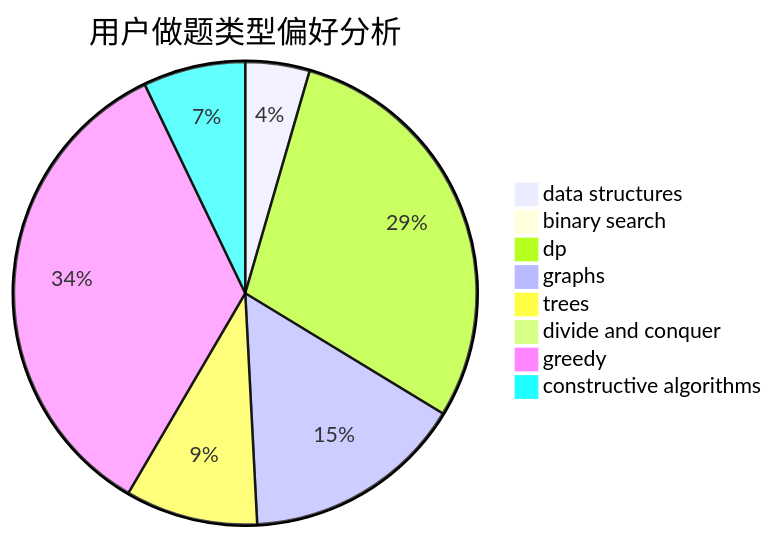
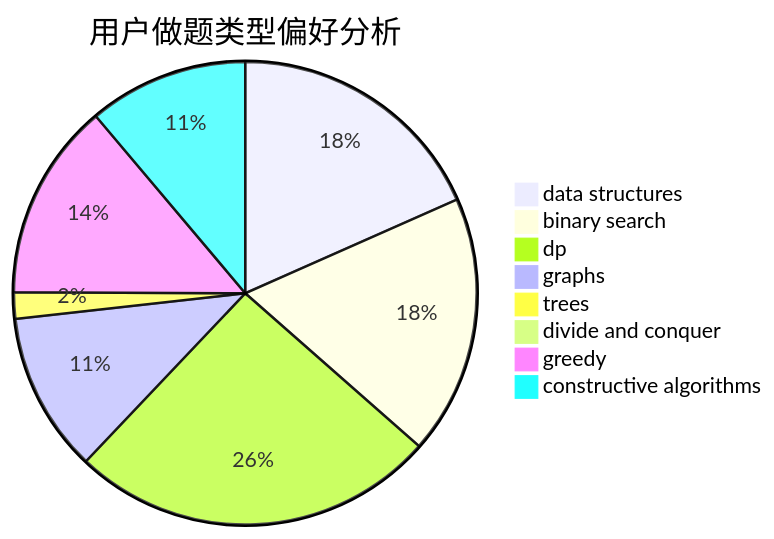
One commit to sherpahu/cfrs.github.io changed the second of 3 diagrams in docs/user/u2048.md. Above: the diagram before and after it, drawn with Mermaid. The commit also changed other lines of this file and 2770 other files, not shown here.

````diff
--- a/docs/user/u2048.md
+++ b/docs/user/u2048.md
@@ -23,11 +23,11 @@
 ```mermaid
 pie title 用户做题类型偏好分析
-    "data structures" :  49
-    "binary search" :  0
-    "dp" :  319
-    "graphs" :  169
-    "trees" :  101
-    "divide and conquer" :  0
-    "greedy" :  376
-    "constructive algorithms" :  78
+    "data structures" :  140
+    "binary search" :  138
+    "dp" :  195
+    "graphs" :  85
+    "trees" :  14
+    "divide and conquer" :  1
+    "greedy" :  105
+    "constructive algorithms" :  85
 ```
````
